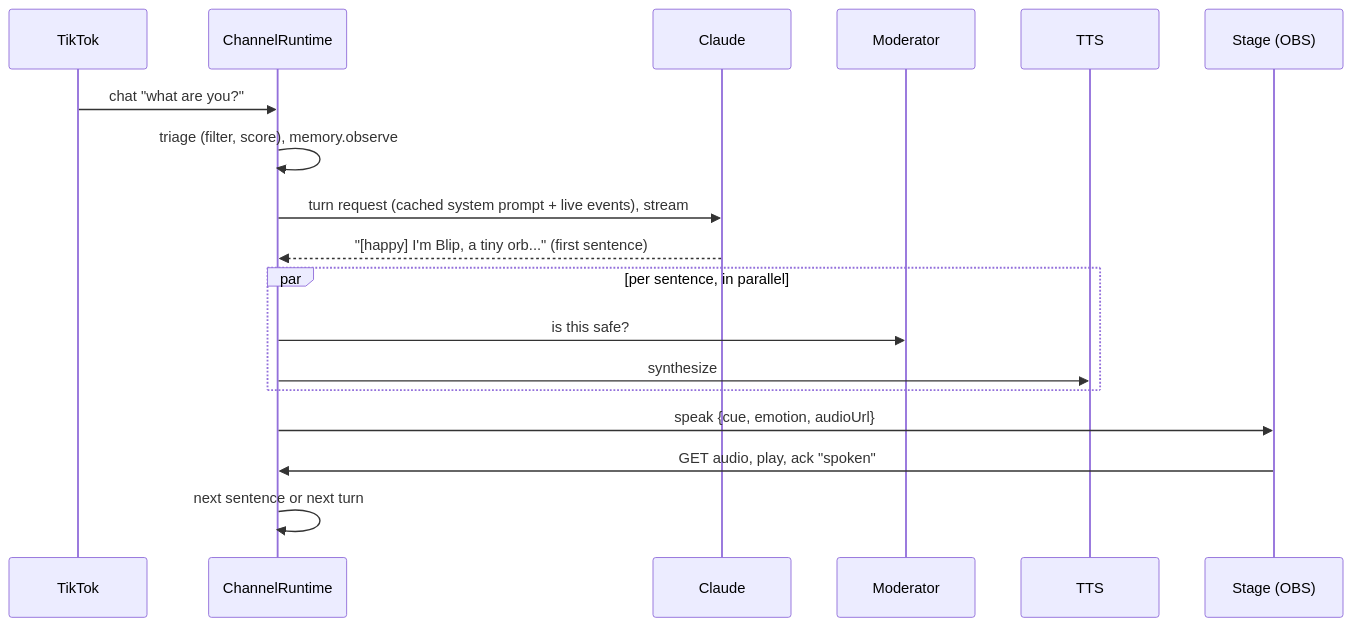
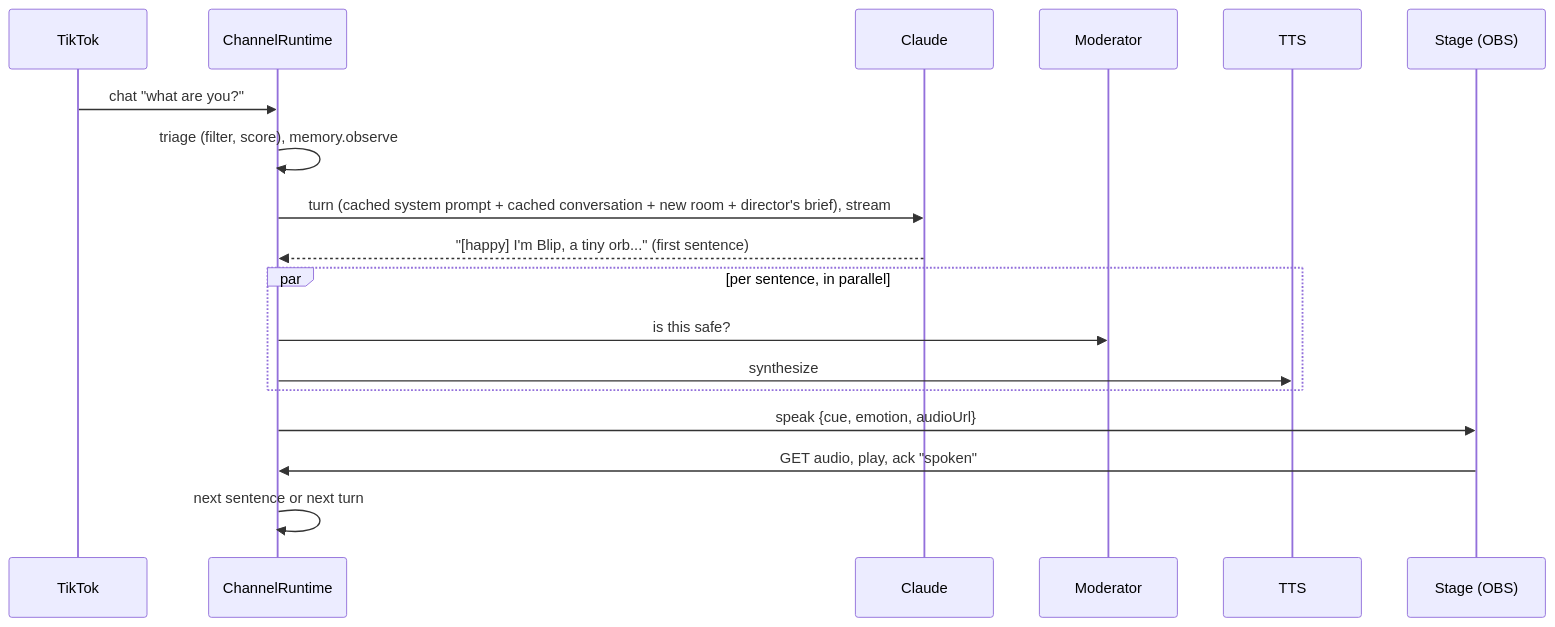
One commit to mariajunqueiramirandas-cpu/tik-live changed the fourth of 6 diagrams in docs/architecture/overview.md. Above: the diagram before and after it, drawn with Mermaid. The commit also changed other lines of this file and 6 other files, not shown here.

First line of the commit message:
Docs: ADR-0026, the turn engine over a cached conversation on Haiku 5.5

````diff
--- a/docs/architecture/overview.md
+++ b/docs/architecture/overview.md
@@ -154,20 +154,20 @@
 ```mermaid
 sequenceDiagram
   participant T as TikTok
   participant R as ChannelRuntime
   participant C as Claude
   participant M as Moderator
   participant V as TTS
   participant S as Stage (OBS)
   T->>R: chat "what are you?"
   R->>R: triage (filter, score), memory.observe
-  R->>C: turn request (cached system prompt + live events), stream
+  R->>C: turn (cached system prompt + cached conversation + new room + director's brief), stream
   C-->>R: "[happy] I'm Blip, a tiny orb..." (first sentence)
   par per sentence, in parallel
     R->>M: is this safe?
     R->>V: synthesize
   end
   R->>S: speak {cue, emotion, audioUrl}
   S->>R: GET audio, play, ack "spoken"
   R->>R: next sentence or next turn
 ```
````
